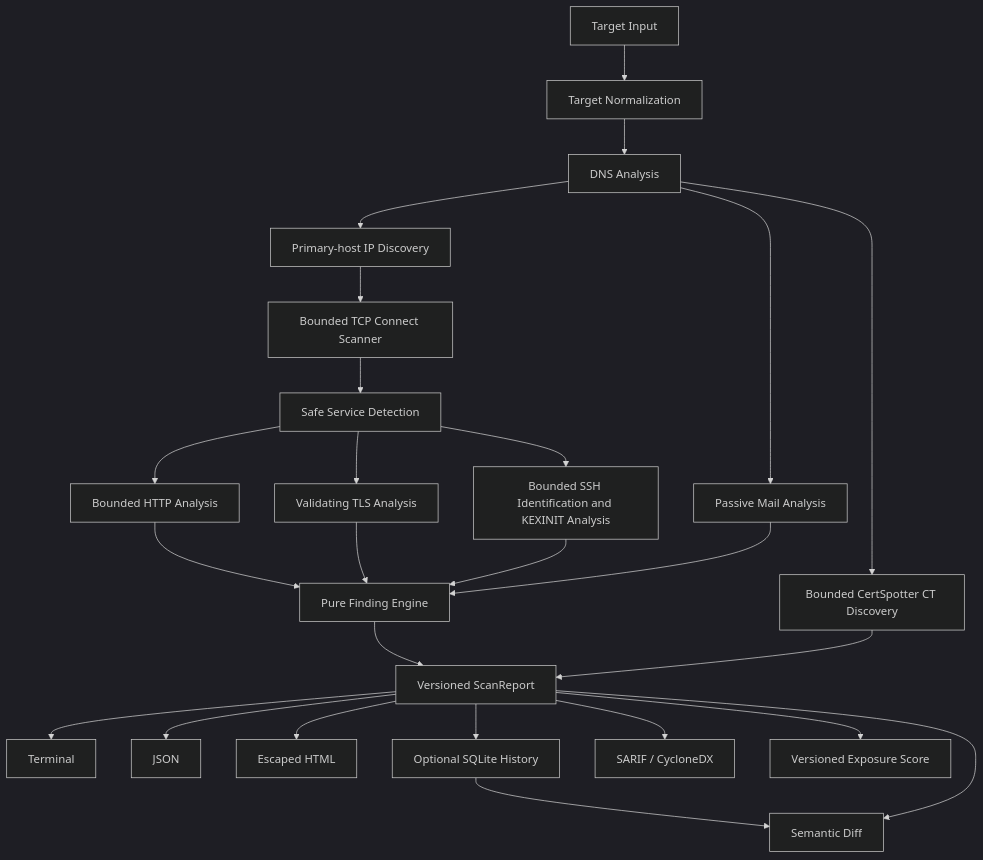
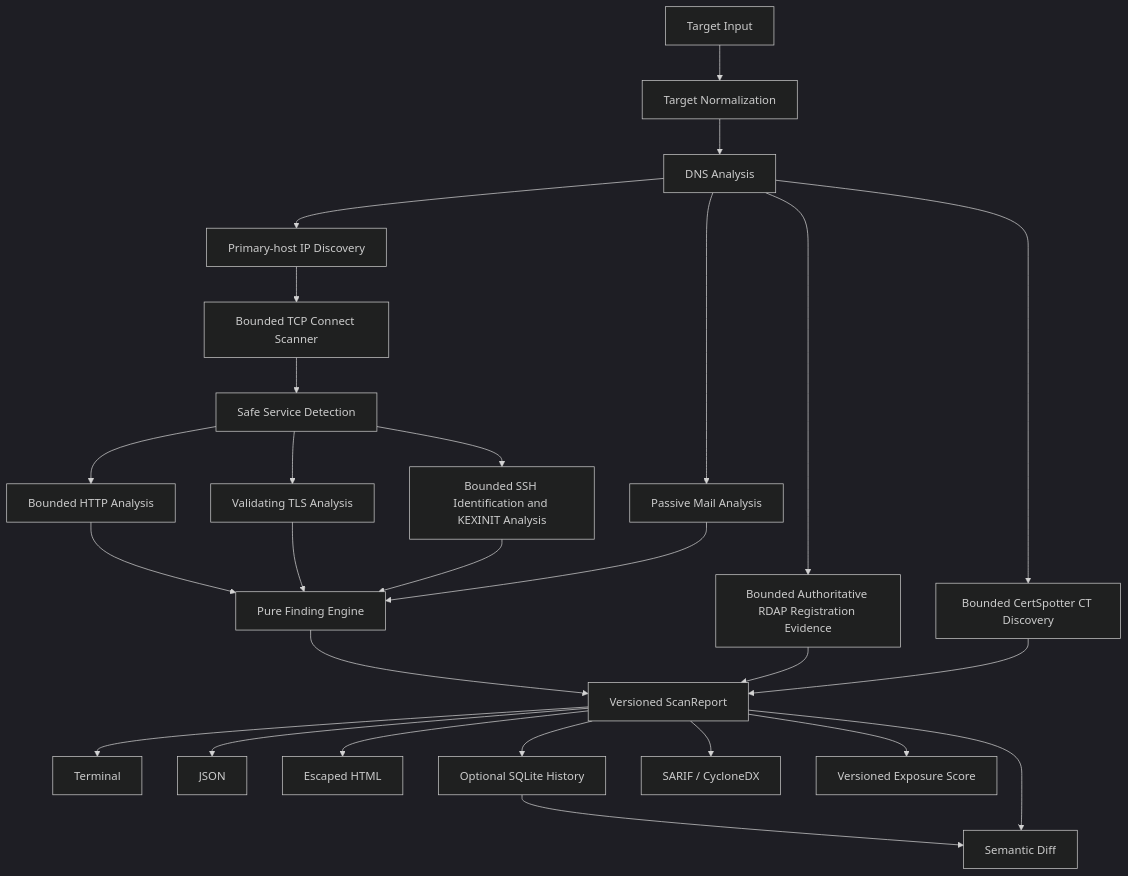
Before and after one commit to bxn-dev/surface: the diagram in docs/architecture.md, drawn with Mermaid (dark theme). The commit also changed other lines of this file and 7 other files, not shown here.

First line of the commit message:
feat(intelligence): add bounded passive RDAP

````diff
--- a/docs/architecture.md
+++ b/docs/architecture.md
@@ -3,27 +3,29 @@
 ```mermaid
 flowchart TD
     A[Target Input] --> B[Target Normalization]
     B --> C[DNS Analysis]
     C --> D[Primary-host IP Discovery]
     D --> E[Bounded TCP Connect Scanner]
     E --> F[Safe Service Detection]
     F --> G[Bounded HTTP Analysis]
     F --> H[Validating TLS Analysis]
     F --> SSH[Bounded SSH Identification and KEXINIT Analysis]
     C --> I[Passive Mail Analysis]
+    C --> RDAP[Bounded Authoritative RDAP Registration Evidence]
     C --> S[Bounded CertSpotter CT Discovery]
     G --> J[Pure Finding Engine]
     H --> J
     SSH --> J
     I --> J
     J --> K[Versioned ScanReport]
+    RDAP --> K
     S --> K
     K --> L[Terminal]
     K --> M[JSON]
     K --> N[Escaped HTML]
     K --> O[Optional SQLite History]
     K --> P[SARIF / CycloneDX]
     K --> Q[Versioned Exposure Score]
     O --> R[Semantic Diff]
     K --> R
 ```
````
